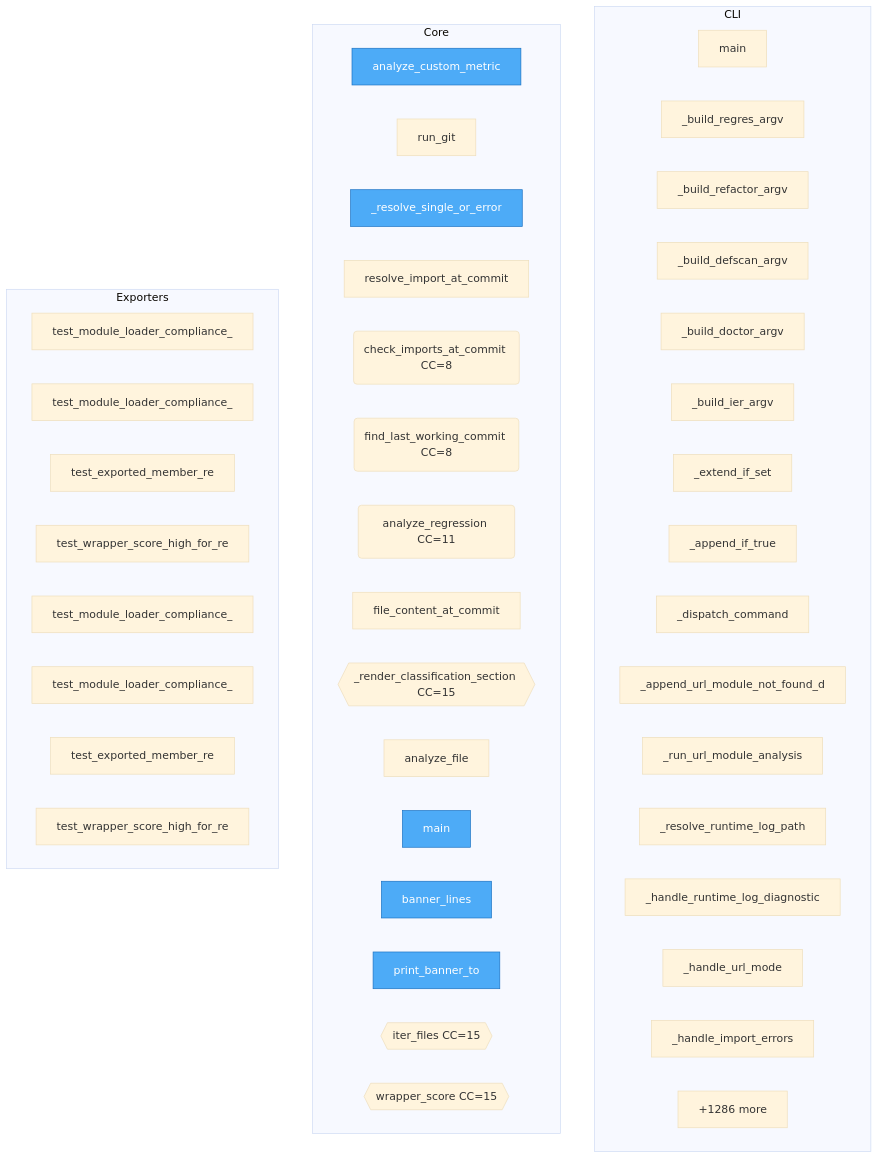
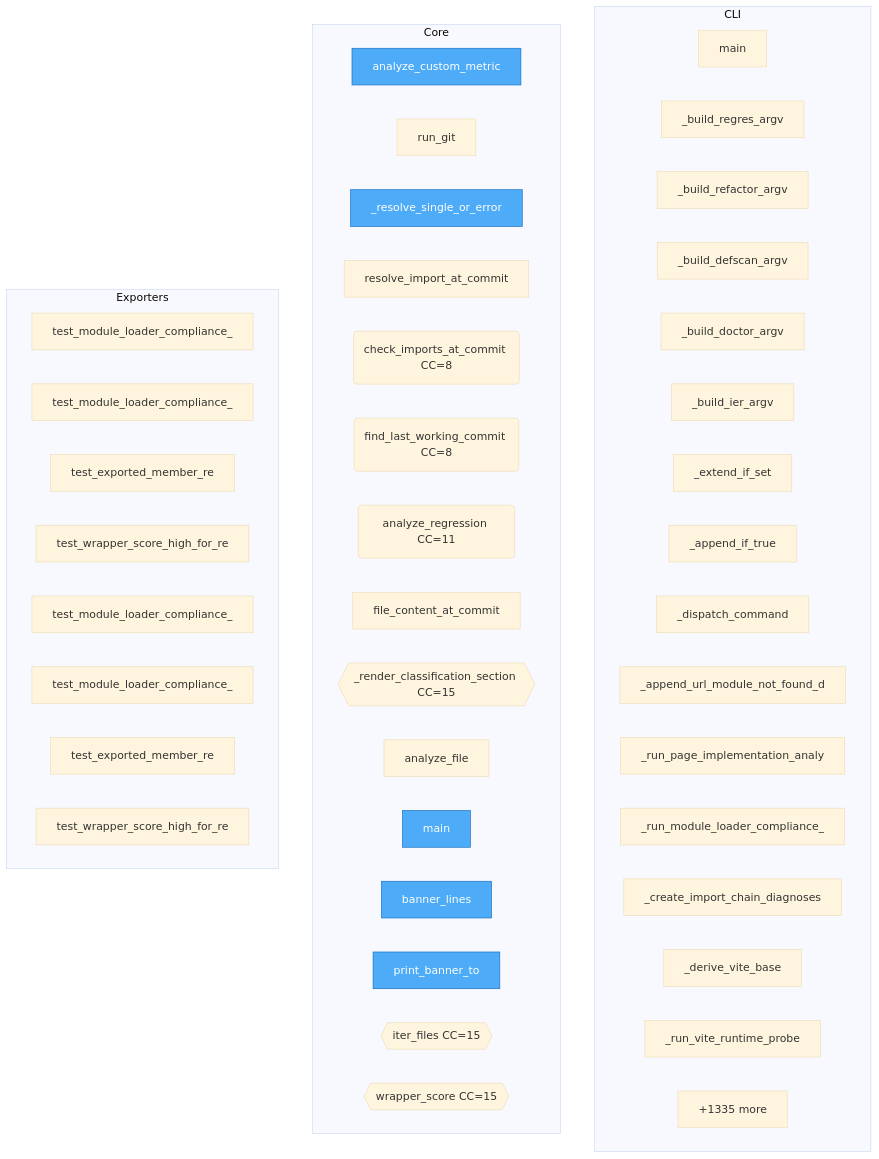
One commit to semcod/regres changed the diagram in project/flow.mmd. Above: the diagram before and after it, drawn with Mermaid (base theme). The commit also changed 27 other files, not shown here.

```diff
--- a/project/flow.mmd
+++ b/project/flow.mmd
@@ -1,55 +1,55 @@
 flowchart TD
 
     %% Entry points (blue)
     classDef entry fill:#4dabf7,stroke:#1971c2,color:#fff
 
     subgraph CLI
         regres__regres_cli__main["main"]
         regres__regres_cli___build_regres_argv["_build_regres_argv"]
         regres__regres_cli___build_refactor_argv["_build_refactor_argv"]
         regres__regres_cli___build_defscan_argv["_build_defscan_argv"]
         regres__regres_cli___build_doctor_argv["_build_doctor_argv"]
         regres__regres_cli___build_ier_argv["_build_ier_argv"]
         regres__regres_cli___extend_if_set["_extend_if_set"]
         regres__regres_cli___append_if_true["_append_if_true"]
         regres__regres_cli___dispatch_command["_dispatch_command"]
         regres__doctor_cli___append_url_module_not_found_diagnosis["_append_url_module_not_found_d"]
-        regres__doctor_cli___run_url_module_analysis["_run_url_module_analysis"]
-        regres__doctor_cli___resolve_runtime_log_path["_resolve_runtime_log_path"]
-        regres__doctor_cli___handle_runtime_log_diagnostics["_handle_runtime_log_diagnostic"]
-        regres__doctor_cli___handle_url_mode["_handle_url_mode"]
-        regres__doctor_cli___handle_import_errors["_handle_import_errors"]
-        ...["+7 more"]
+        regres__doctor_cli___run_page_implementation_analysis["_run_page_implementation_analy"]
+        regres__doctor_cli___run_module_loader_compliance_check["_run_module_loader_compliance_"]
+        regres__doctor_cli___create_import_chain_diagnoses["_create_import_chain_diagnoses"]
+        regres__doctor_cli___derive_vite_base["_derive_vite_base"]
+        regres__doctor_cli___run_vite_runtime_probe["_run_vite_runtime_probe"]
+        ...["+17 more"]
     end
 
     subgraph Core
         docs__DOCTOR__analyze_custom_metric["analyze_custom_metric"]
         regres__regres__run_git["run_git"]
         regres__regres___resolve_single_or_error["_resolve_single_or_error"]
         regres__regres__resolve_import_at_commit["resolve_import_at_commit"]
         regres__regres__check_imports_at_commit("check_imports_at_commit CC=8")
         regres__regres__find_last_working_commit("find_last_working_commit CC=8")
         regres__regres__analyze_regression("analyze_regression CC=11")
         regres__regres__file_content_at_commit["file_content_at_commit"]
         regres__regres___render_classification_section{{_render_classification_section CC=15}}
         regres__regres__analyze_file["analyze_file"]
         regres__regres__main["main"]
         regres__doctor_config__DoctorConfig__banner_lines["banner_lines"]
         regres__doctor_config__DoctorConfig__print_banner_to["print_banner_to"]
         regres__refactor__iter_files{{iter_files CC=15}}
         regres__refactor__wrapper_score{{wrapper_score CC=15}}
-        ...["+1286 more"]
+        ...["+1335 more"]
     end
 
     subgraph Exporters
         project__map__toon__test_module_loader_compliance_passes_with_default_export["test_module_loader_compliance_"]
         project__map__toon__test_module_loader_compliance_flags_view_only_export["test_module_loader_compliance_"]
         project__map__toon__test_exported_member_re["test_exported_member_re"]
         project__map__toon__test_wrapper_score_high_for_reexport["test_wrapper_score_high_for_re"]
         SUMD__test_module_loader_compliance_passes_with_default_export["test_module_loader_compliance_"]
         SUMD__test_module_loader_compliance_flags_view_only_export["test_module_loader_compliance_"]
         SUMD__test_exported_member_re["test_exported_member_re"]
         SUMD__test_wrapper_score_high_for_reexport["test_wrapper_score_high_for_re"]
     end
 
     class docs__DOCTOR__analyze_custom_metric,regres__regres___resolve_single_or_error,regres__regres__main,regres__doctor_config__DoctorConfig__banner_lines,regres__doctor_config__DoctorConfig__print_banner_to,regres__refactor__cmd_find,regres__refactor__cmd_duplicates,regres__refactor__cmd_similar,regres__refactor__cmd_symbols,regres__refactor__cmd_wrappers entry
```
